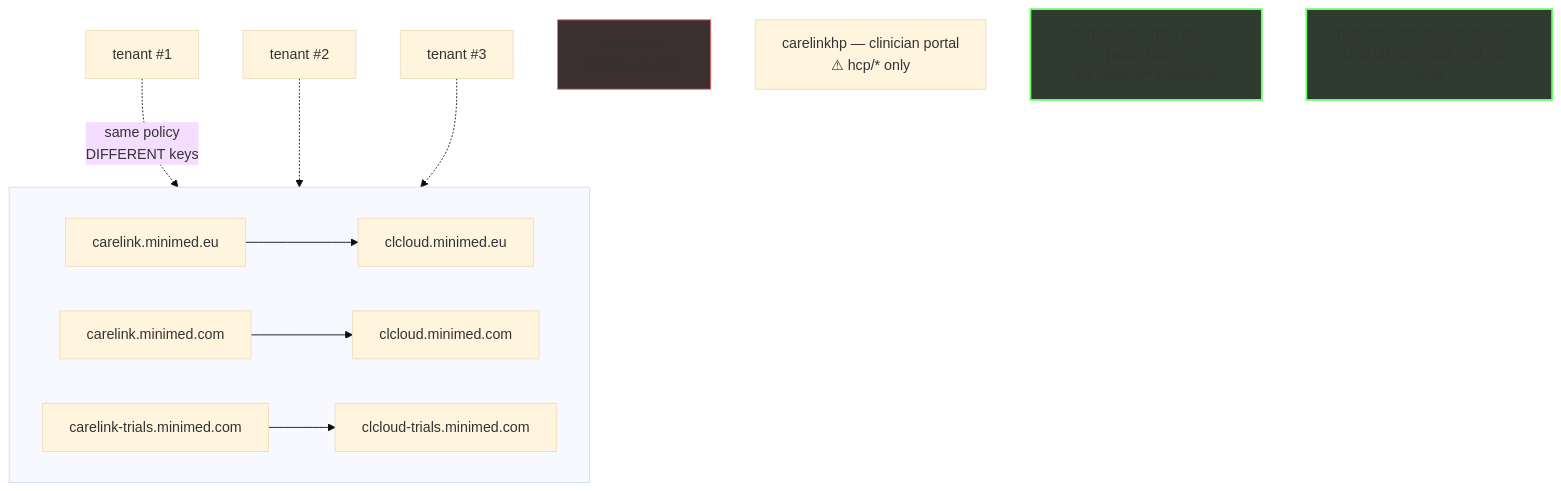
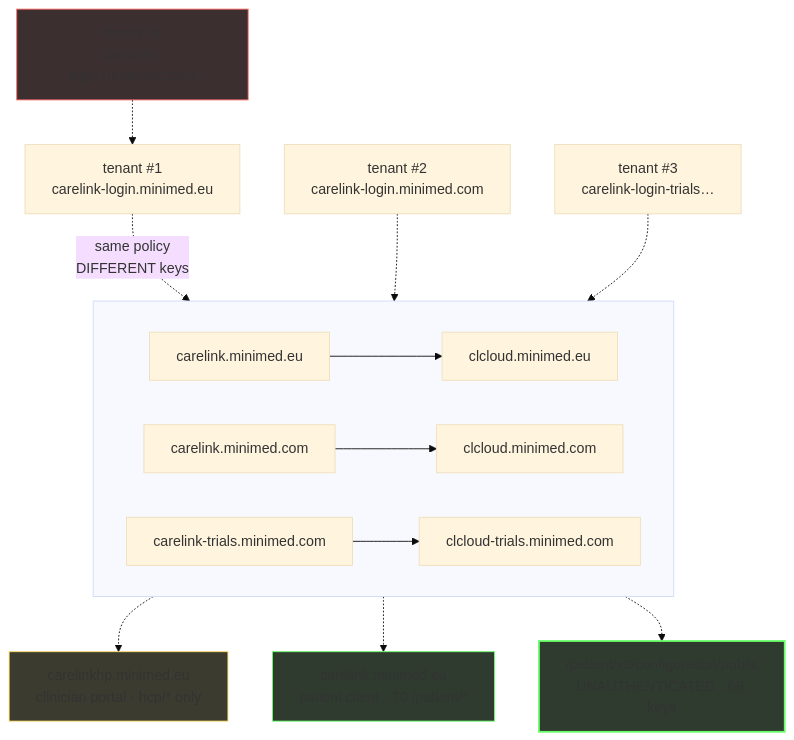
Before and after one commit to NovaLux12/carelink-api-research: the third of 3 diagrams in README.md, drawn with Mermaid (base theme). The commit also changed other lines of this file, not shown here.

First line of the commit message:
Polish: anchor the floating diagram nodes, cut repetition, make the error ledger concrete

````diff
--- a/README.md
+++ b/README.md
@@ -77,19 +77,24 @@
 ```mermaid
 flowchart TB
     subgraph E[" "]
         direction LR
         e1["carelink.minimed.eu"] --> e2["clcloud.minimed.eu"]
         u1["carelink.minimed.com"] --> u2["clcloud.minimed.com"]
         t1["carelink-trials.minimed.com"] --> t2["clcloud-trials.minimed.com"]
     end
-    a1["tenant #1"] -. "same policy<br/>DIFFERENT keys" .-> e1
-    a2["tenant #2"] -.-> u1
-    a3["tenant #3"] -.-> t1
-    s["tenant #4<br/>shadow domain"]
-    g["carelinkhp — clinician portal<br/>⚠ hcp/* only"]
-    p["carelink.minimed.eu — patient client<br/>70 /patient/* endpoints"]
+    a1["tenant #1<br/>carelink-login.minimed.eu"] -. "same policy<br/>DIFFERENT keys" .-> e1
+    a2["tenant #2<br/>carelink-login.minimed.com"] -.-> u1
+    a3["tenant #3<br/>carelink-login-trials…"] -.-> t1
+    s["tenant #4<br/>carelink-login.medtronic.com"]
+    s -.-> a1
+    g["carelinkhp.minimed.eu<br/>clinician portal · hcp/* only"]
+    e1 -.-> g
+    p["carelink.minimed.eu<br/>patient client · 70 /patient/*"]
+    e1 -.-> p
     cfg["/patient/v2/configuration/public<br/>UNAUTHENTICATED · 69 keys"]
+    e1 -.-> cfg
     style s fill:#3b2f2f,stroke:#f66
     style cfg fill:#2f3b2f,stroke:#6f6,stroke-width:2px
-    style p fill:#2f3b2f,stroke:#6f6,stroke-width:2px
+    style p fill:#2f3b2f,stroke:#6f6
+    style g fill:#3b3b2f,stroke:#fd6
 ```
````
